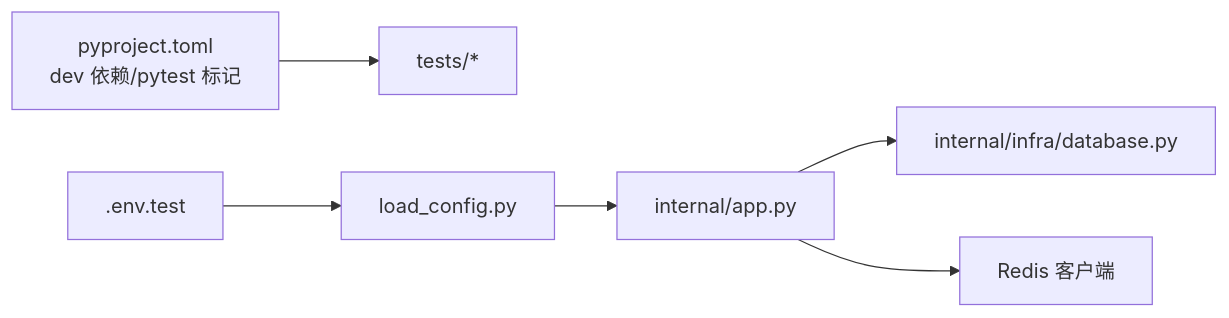
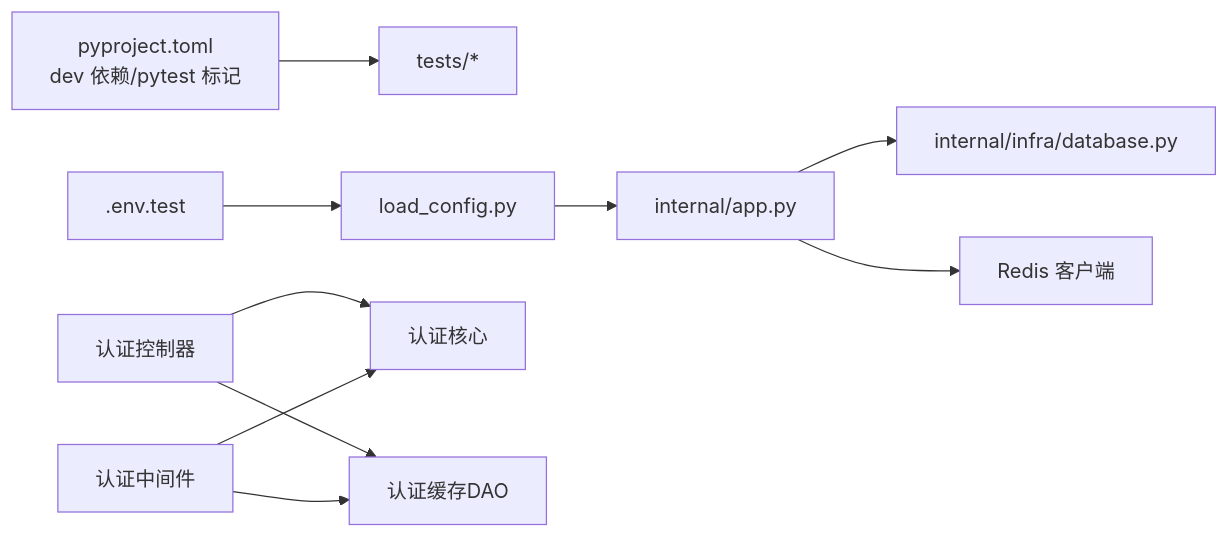
Before and after one commit to lilinzezzzzzz/fastapi-backend: diagram 11 of 11 in .qoder/repowiki/zh/content/测试策略/测试策略.md, drawn with Mermaid. The commit also changed other lines of this file and 38 other files, not shown here.

````diff
--- a/.qoder/repowiki/zh/content/测试策略/测试策略.md
+++ b/.qoder/repowiki/zh/content/测试策略/测试策略.md
@@ -380,8 +473,12 @@
 ```mermaid
 graph LR
 P["pyproject.toml<br/>dev 依赖/pytest 标记"] --> T["tests/*"]
 E[".env.test"] --> CFG["load_config.py"]
 CFG --> APP["internal/app.py"]
 APP --> DB["internal/infra/database.py"]
 APP --> REDIS["Redis 客户端"]
+AUTH_CTRL["认证控制器"] --> AUTH_CORE["认证核心"]
+AUTH_CTRL --> AUTH_CACHE["认证缓存DAO"]
+AUTH_MW["认证中间件"] --> AUTH_CORE
+AUTH_MW --> AUTH_CACHE
 ```
````
